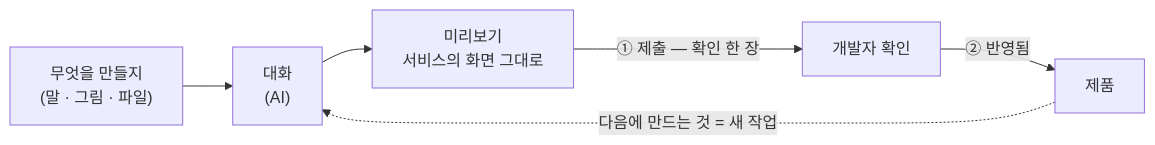
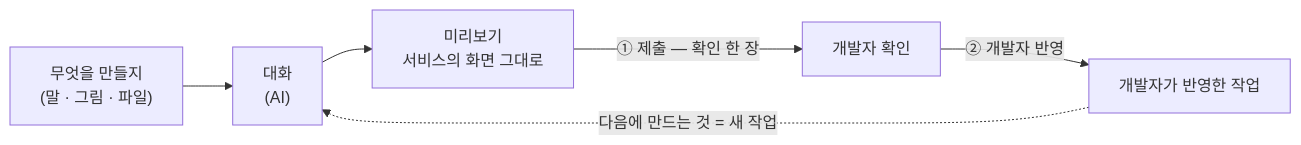
Before and after one commit to colosseumcoinckr/colonova-design: the diagram in docs/GUIDE.md, drawn with Mermaid. The commit also changed other lines of this file and 11 other files, not shown here.

````diff
--- a/docs/GUIDE.md
+++ b/docs/GUIDE.md
@@ -31,8 +34,8 @@
 ```mermaid
 flowchart LR
     ask["무엇을 만들지<br/>(말 · 그림 · 파일)"] --> chat["대화<br/>(AI)"]
     chat --> preview["미리보기<br/>서비스의 화면 그대로"]
     preview -->|"① 제출 — 확인 한 장"| dev["개발자 확인"]
-    dev -->|"② 반영됨"| base["제품"]
+    dev -->|"② 개발자 반영"| base["개발자가 반영한 작업"]
     base -.->|"다음에 만드는 것 = 새 작업"| chat
 ```
````
